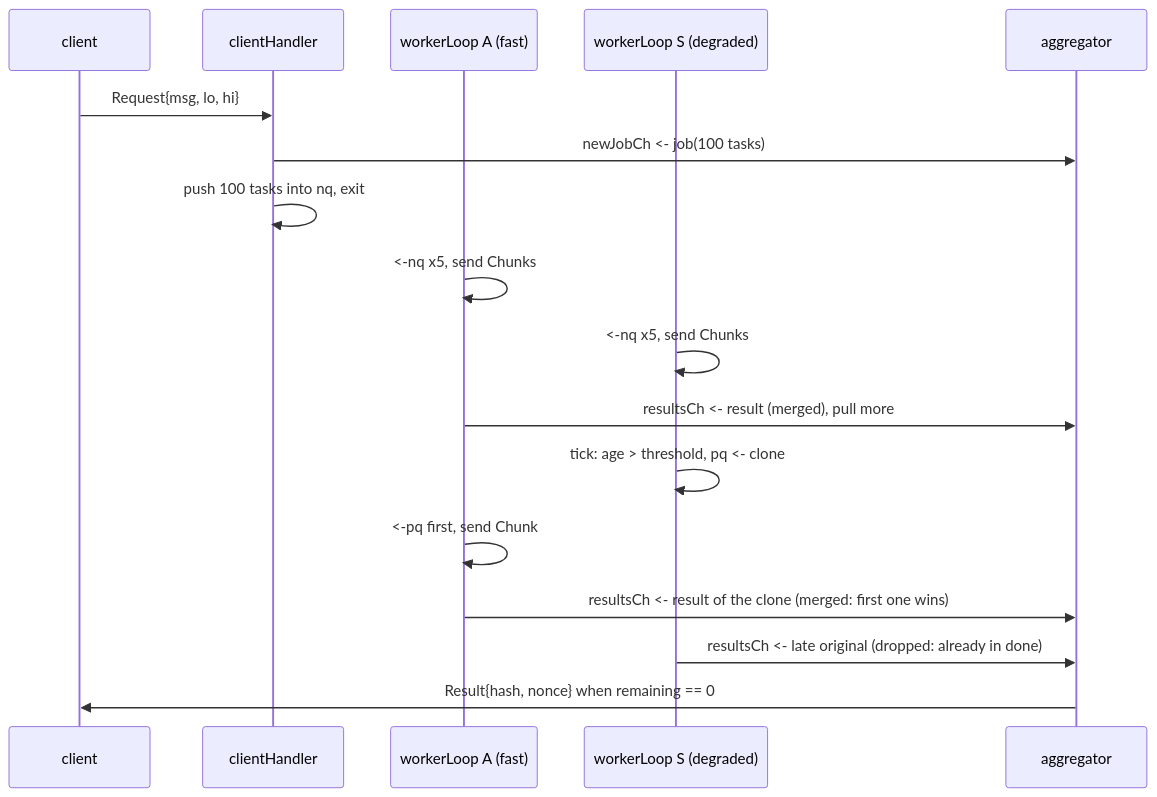
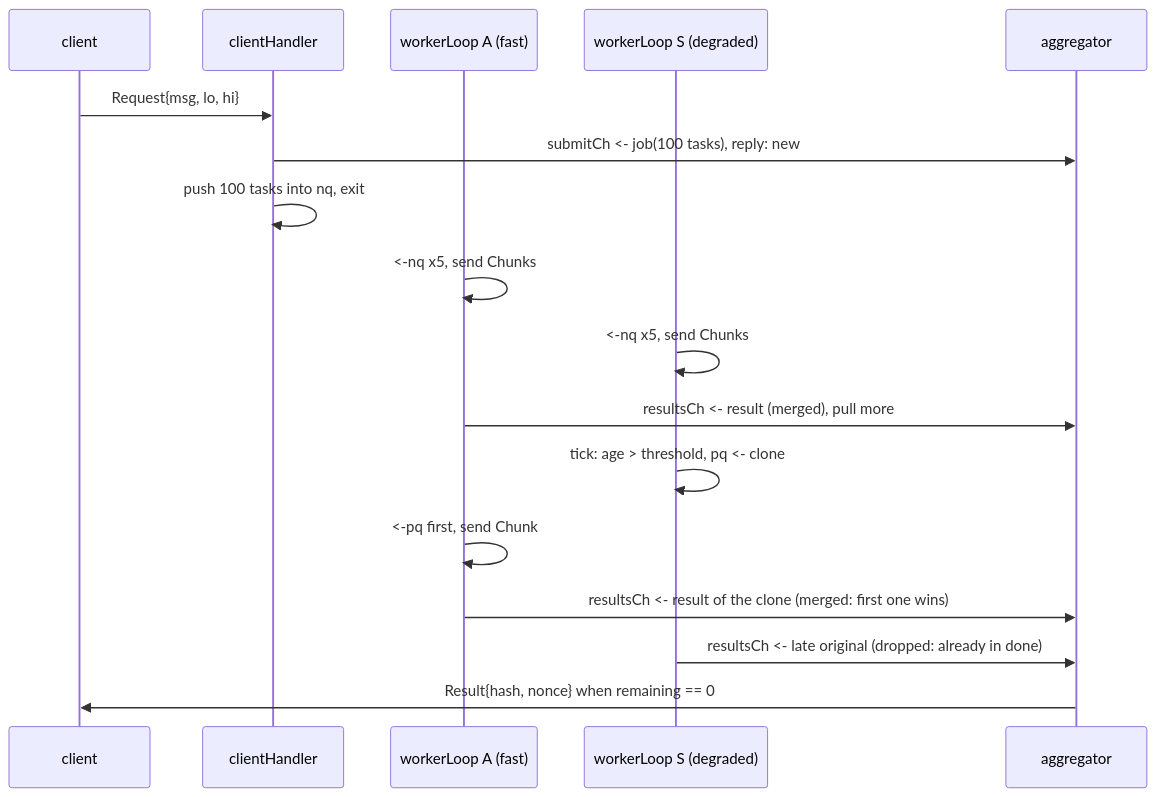
The diagram in docs/architecture.md (neo1202/rudp-scheduler), drawn with Mermaid before and after one commit. The commit also changed other lines of this file and 20 other files, not shown here.

````diff
--- a/docs/architecture.md
+++ b/docs/architecture.md
@@ -267,19 +268,19 @@
 ```mermaid
 sequenceDiagram
     participant C as client
     participant H as clientHandler
     participant A as workerLoop A (fast)
     participant S as workerLoop S (degraded)
     participant G as aggregator
     C->>H: Request{msg, lo, hi}
-    H->>G: newJobCh <- job(100 tasks)
+    H->>G: submitCh <- job(100 tasks), reply: new
     H->>H: push 100 tasks into nq, exit
     A->>A: <-nq x5, send Chunks
     S->>S: <-nq x5, send Chunks
     A->>G: resultsCh <- result (merged), pull more
     S->>S: tick: age > threshold, pq <- clone
     A->>A: <-pq first, send Chunk
     A->>G: resultsCh <- result of the clone (merged: first one wins)
     S->>G: resultsCh <- late original (dropped: already in done)
     G->>C: Result{hash, nonce} when remaining == 0
 ```
````
